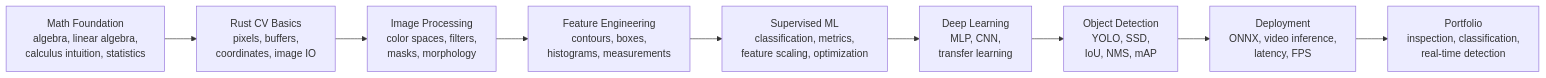
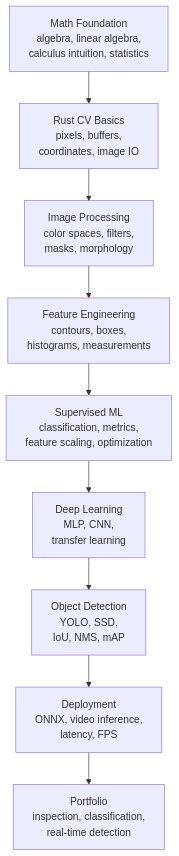
Before and after one commit to Do-EE2-IoT/road-to-computer-vision-mastery: the diagram in Readme.md, drawn with Mermaid.

````diff
--- a/Readme.md
+++ b/Readme.md
@@ -15,14 +15,14 @@
 ```mermaid
-flowchart LR
+flowchart TD
     A["Math Foundation<br/>algebra, linear algebra,<br/>calculus intuition, statistics"]
     B["Rust CV Basics<br/>pixels, buffers,<br/>coordinates, image IO"]
     C["Image Processing<br/>color spaces, filters,<br/>masks, morphology"]
     D["Feature Engineering<br/>contours, boxes,<br/>histograms, measurements"]
     E["Supervised ML<br/>classification, metrics,<br/>feature scaling, optimization"]
     F["Deep Learning<br/>MLP, CNN,<br/>transfer learning"]
     G["Object Detection<br/>YOLO, SSD,<br/>IoU, NMS, mAP"]
     H["Deployment<br/>ONNX, video inference,<br/>latency, FPS"]
     I["Portfolio<br/>inspection, classification,<br/>real-time detection"]
 
     A --> B --> C --> D --> E --> F --> G --> H --> I
 ```
````
